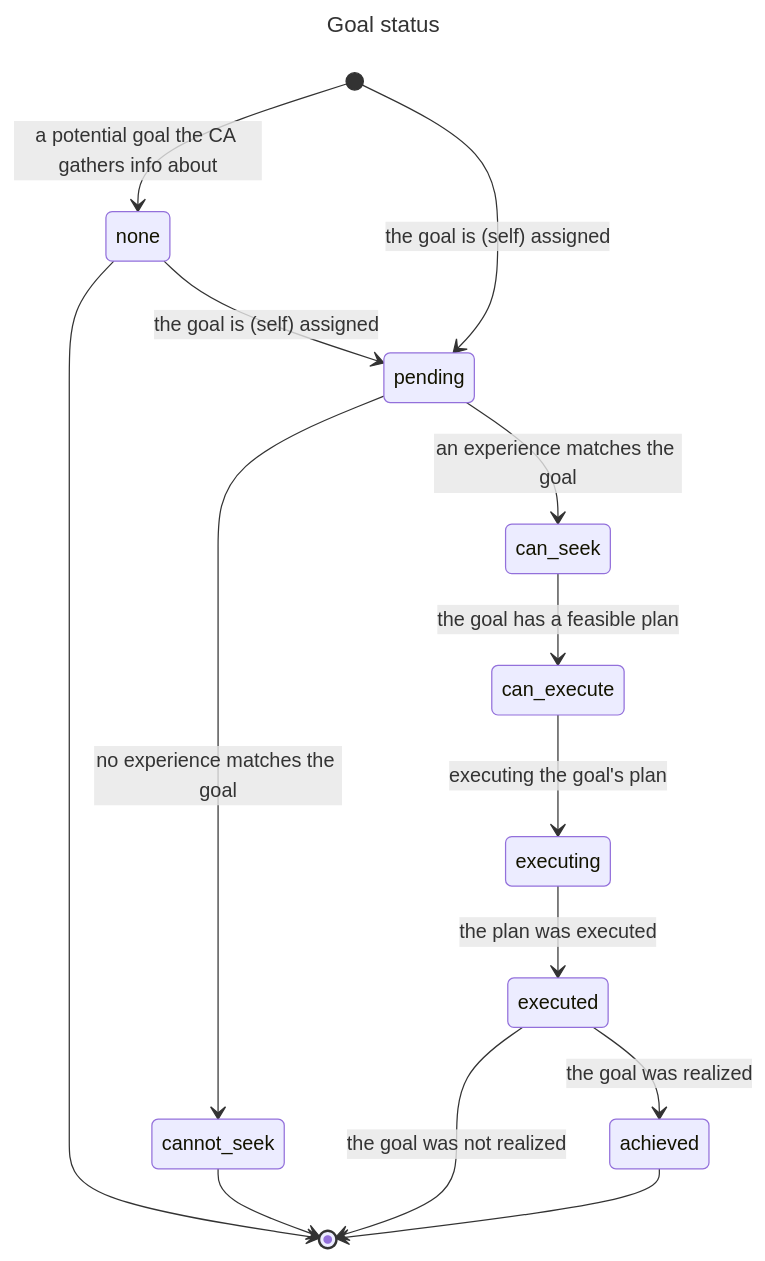
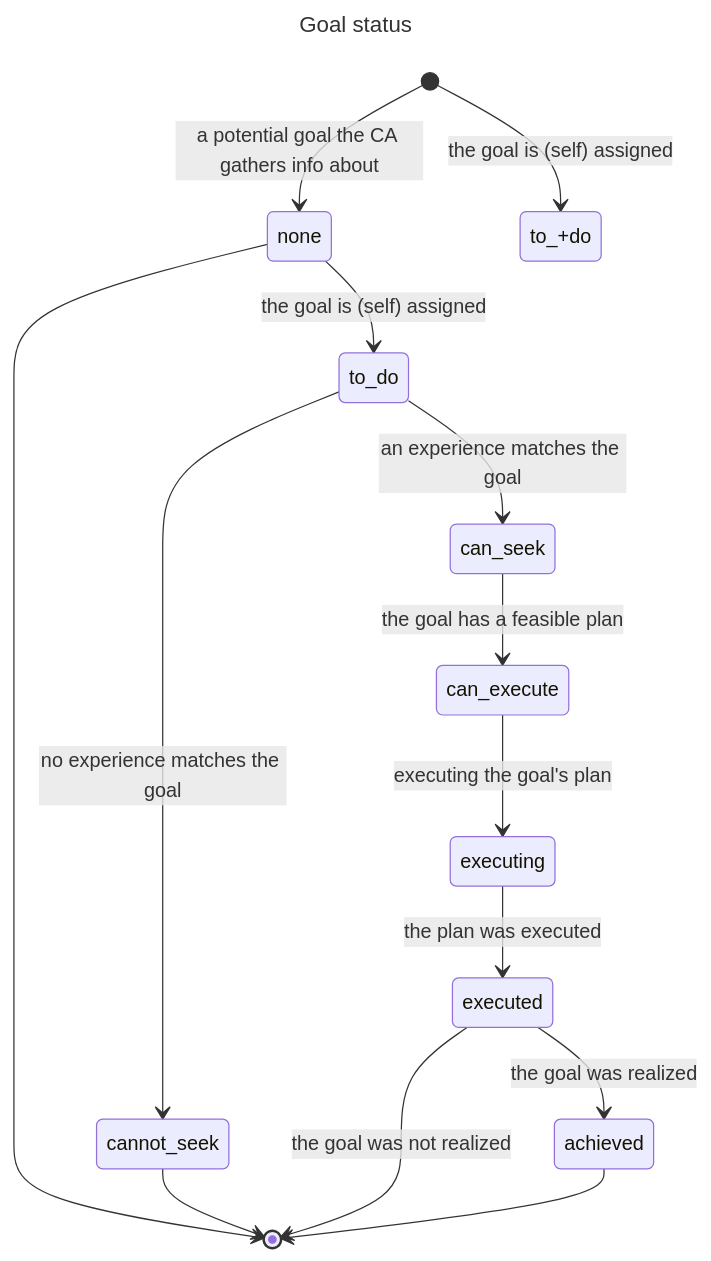
One commit to jfcloutier/karma_system changed the first of 2 diagrams in design_notes/acting.md. Above: the diagram before and after it, drawn with Mermaid. The commit also changed other lines of this file and 1 other file, not shown here.

````diff
--- a/design_notes/acting.md
+++ b/design_notes/acting.md
@@ -250,19 +250,19 @@
 ```mermaid
 ---
 title: Goal status
 ---
 stateDiagram-v2
     [*] --> none : a potential goal the CA gathers info about
-    none --> pending : the goal is (self) assigned
-    [*] --> pending : the goal is (self) assigned
+    none --> to_do : the goal is (self) assigned
+    [*] --> to_+do : the goal is (self) assigned
     none --> [*]
-    pending --> can_seek : an experience matches the goal
-    pending --> cannot_seek: no experience matches the goal
+    to_do --> can_seek : an experience matches the goal
+    to_do --> cannot_seek: no experience matches the goal
     cannot_seek --> [*]
     can_seek --> can_execute : the goal has a feasible plan
     can_execute --> executing : executing the goal's plan
     executing --> executed : the plan was executed
     executed --> achieved : the goal was realized
     executed --> [*] : the goal was not realized
     achieved --> [*]
 ```  
````
